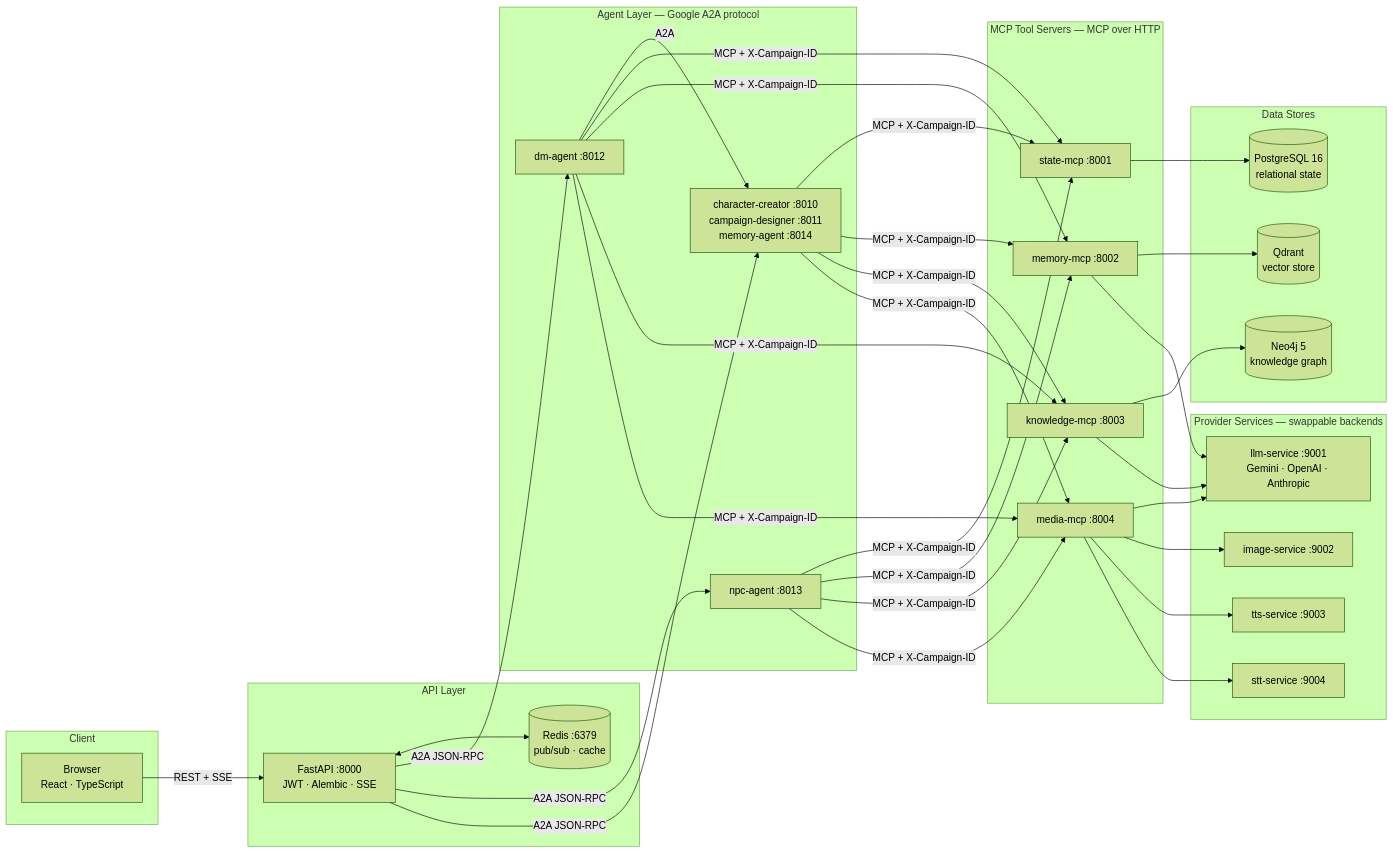
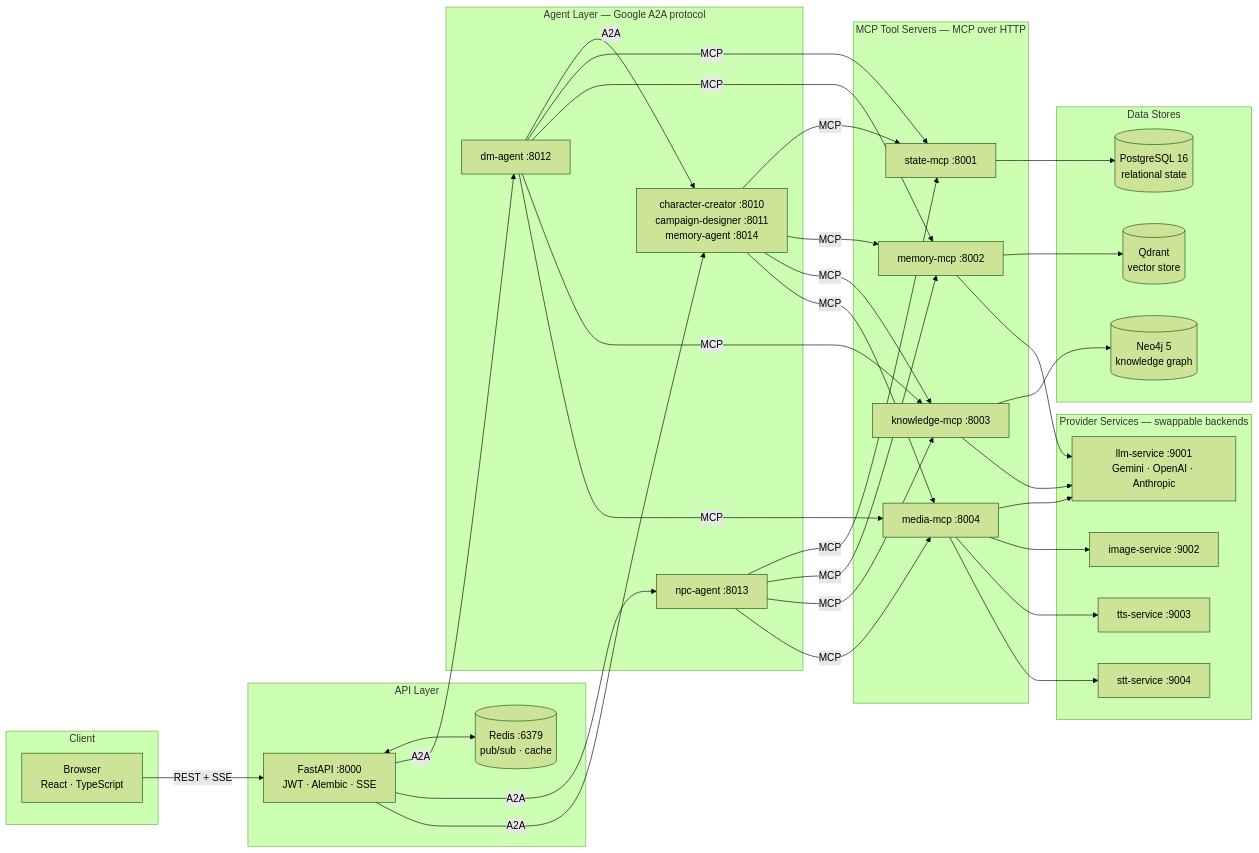
The first of 2 diagrams in README.md (BertilBraun/Agentic-LLM-DnD-GM), drawn with Mermaid (forest theme) before and after one commit. The commit also changed other lines of this file, not shown here.

````diff
--- a/README.md
+++ b/README.md
@@ -13,48 +13,48 @@
 ```mermaid
 graph LR
     subgraph Client
         B["Browser\nReact · TypeScript"]
     end
 
     subgraph api ["API Layer"]
         A["FastAPI :8000\nJWT · Alembic · SSE"]
         R[("Redis :6379\npub/sub · cache")]
         A <--> R
     end
 
     subgraph agents ["Agent Layer — Google A2A protocol"]
         D["dm-agent :8012"]
         N["npc-agent :8013"]
         O["character-creator :8010\ncampaign-designer :8011\nmemory-agent :8014"]
     end
 
     subgraph mcp ["MCP Tool Servers — MCP over HTTP"]
         SM["state-mcp :8001"]
         MM["memory-mcp :8002"]
         KM["knowledge-mcp :8003"]
         MD["media-mcp :8004"]
     end
 
     subgraph stores ["Data Stores"]
         PG[("PostgreSQL 16\nrelational state")]
         QD[("Qdrant\nvector store")]
         N4[("Neo4j 5\nknowledge graph")]
     end
 
     subgraph providers ["Provider Services — swappable backends"]
         LS["llm-service :9001\nGemini · OpenAI · Anthropic"]
         IS["image-service :9002"]
         TS["tts-service :9003"]
         SS["stt-service :9004"]
     end
 
     B -->|"REST + SSE"| A
-    A -->|"A2A JSON-RPC"| D & N & O
+    A -->|"A2A"| D & N & O
     D -->|"A2A"| O
-    D & N & O -->|"MCP + X-Campaign-ID"| SM & MM & KM & MD
+    D & N & O -->|"MCP"| SM & MM & KM & MD
     SM --> PG
     MM --> QD
     KM --> N4
     KM & MM --> LS
     MD --> LS & IS & TS & SS
 ```
````
